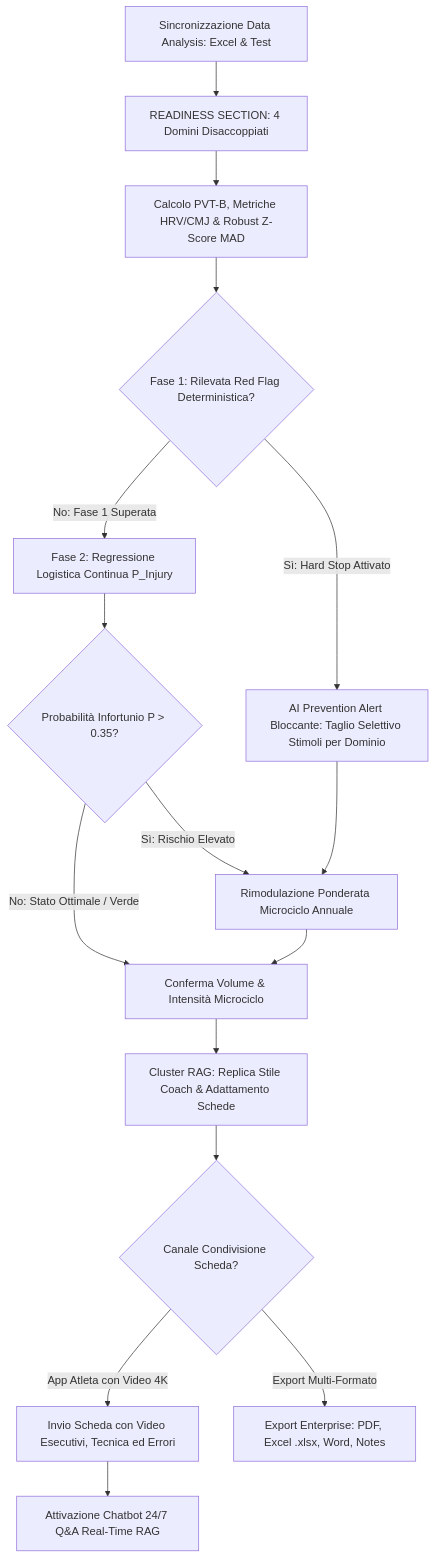
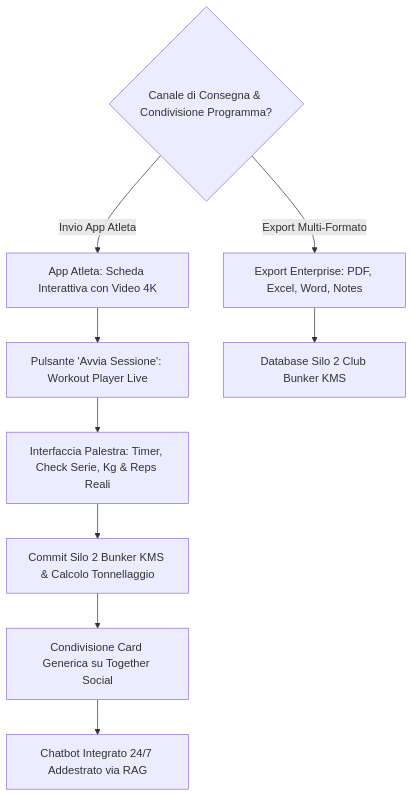
The second of 2 diagrams in architecture-blueprint/00-capitolato-tecnico-e-glossario/15-software-3-flow-3c-team-microcycle-mdx.md (sportscience2025-star/Sports-Analytics-Platform---T7-Workout-APP), drawn with Mermaid before and after one commit. The commit also changed other lines of this file and 11 other files, not shown here.

Commit message:
feat(programming): add workout player, gym interface and together social sharing across tiers 1-3

````diff
--- a/architecture-blueprint/00-capitolato-tecnico-e-glossario/15-software-3-flow-3c-team-microcycle-mdx.md
+++ b/architecture-blueprint/00-capitolato-tecnico-e-glossario/15-software-3-flow-3c-team-microcycle-mdx.md
@@ -167,23 +134,13 @@
 ```mermaid
 flowchart TD
-    UI_SYNC[Sincronizzazione Data Analysis: Excel & Test] --> UI_READY[READINESS SECTION: 4 Domini Disaccoppiati]
-    UI_READY --> SRV_CALC[Calcolo PVT-B, Metriche HRV/CMJ & Robust Z-Score MAD]
-    SRV_CALC --> DEC_PHASE1{Fase 1: Rilevata Red Flag Deterministica?}
+    DEC_DELIVERY{Canale di Consegna & Condivisione Programma?}
+    DEC_DELIVERY -->|Invio App Atleta| UI_ATHLETE[App Atleta: Scheda Interattiva con Video 4K]
+    DEC_DELIVERY -->|Export Multi-Formato| UI_EXPORT[Export Enterprise: PDF, Excel, Word, Notes]
 
-    DEC_PHASE1 -->|Sì: Hard Stop Attivato| UI_HARD_STOP[AI Prevention Alert Bloccante: Taglio Selettivo Stimoli per Dominio]
-    DEC_PHASE1 -->|No: Fase 1 Superata| SRV_PHASE2[Fase 2: Regressione Logistica Continua P_Injury]
-
-    SRV_PHASE2 --> DEC_RISK_LEVEL{Probabilità Infortunio P > 0.35?}
-    DEC_RISK_LEVEL -->|Sì: Rischio Elevato| UI_MODULATE[Rimodulazione Ponderata Microciclo Annuale]
-    DEC_RISK_LEVEL -->|No: Stato Ottimale / Verde| UI_PLAN[Conferma Volume & Intensità Microciclo]
-
-    UI_HARD_STOP --> UI_MODULATE
-    UI_MODULATE --> UI_PLAN
-    UI_PLAN --> UI_RAG[Cluster RAG: Replica Stile Coach & Adattamento Schede]
-    UI_RAG --> DEC_DELIVERY{Canale Condivisione Scheda?}
-
-    DEC_DELIVERY -->|App Atleta con Video 4K| UI_SHARE_VIDEO[Invio Scheda con Video Esecutivi, Tecnica ed Errori]
-    DEC_DELIVERY -->|Export Multi-Formato| UI_EXP[Export Enterprise: PDF, Excel .xlsx, Word, Notes]
-
-    UI_SHARE_VIDEO --> UI_CHATBOT[Attivazione Chatbot 24/7 Q&A Real-Time RAG]
+    UI_ATHLETE --> UI_START[Pulsante 'Avvia Sessione': Workout Player Live]
+    UI_START --> UI_GYM[Interfaccia Palestra: Timer, Check Serie, Kg & Reps Reali]
+    UI_GYM --> UI_LOG[Commit Silo 2 Bunker KMS & Calcolo Tonnellaggio]
+    UI_LOG --> UI_SOCIAL[Condivisione Card Generica su Together Social]
+    UI_SOCIAL --> UI_CHAT[Chatbot Integrato 24/7 Addestrato via RAG]
+    UI_EXPORT --> DB_BUNKER[Database Silo 2 Club Bunker KMS]
 ```
````
